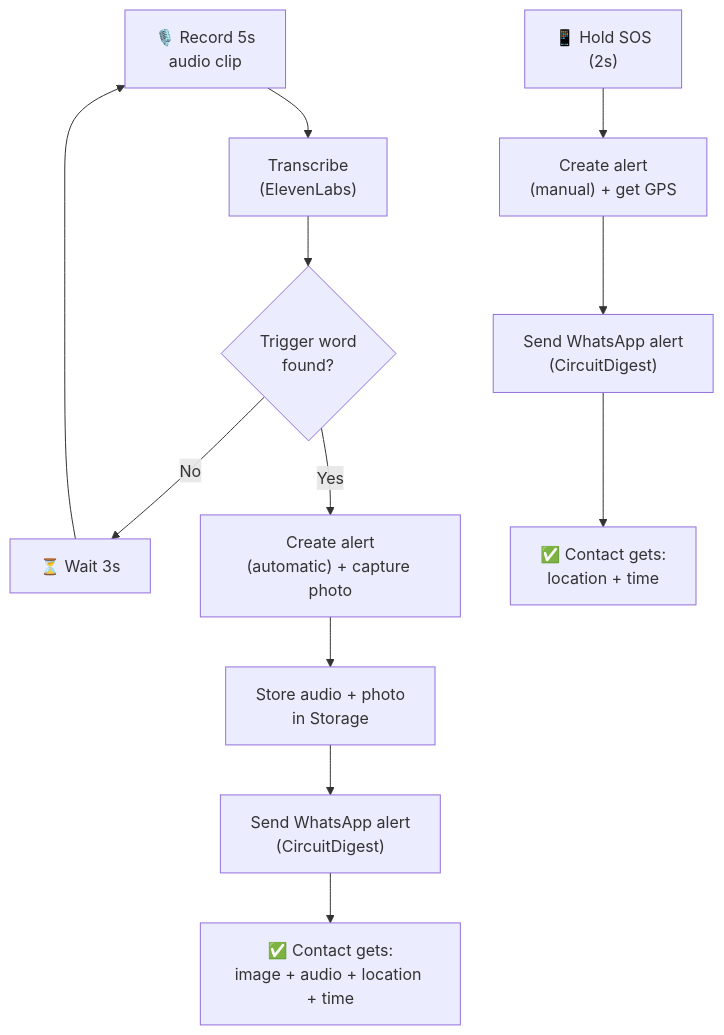
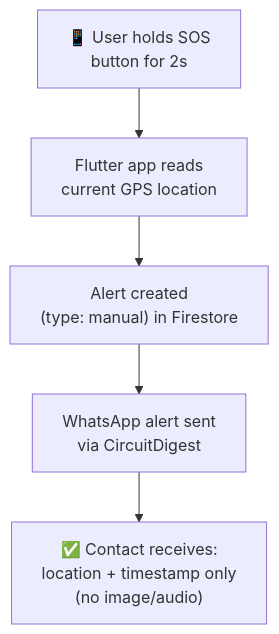
Before and after one commit to SubashreeT24/SheAlert: the third of 3 diagrams in README.md, drawn with Mermaid. The commit also changed other lines of this file, not shown here.

````diff
--- a/README.md
+++ b/README.md
@@ -82,14 +139,7 @@
 ```mermaid
 flowchart TD
-    A["🎙️ Record 5s<br/>audio clip"] --> B["Transcribe<br/>(ElevenLabs)"]
-    B --> C{"Trigger word<br/>found?"}
-    C -- No --> W["⏳ Wait 3s"] --> A
-    C -- Yes --> D["Create alert<br/>(automatic) + capture photo"]
-    D --> E["Store audio + photo<br/>in Storage"]
-    E --> F["Send WhatsApp alert<br/>(CircuitDigest)"]
-    F --> G["✅ Contact gets:<br/>image + audio + location + time"]
-
-    H["📱 Hold SOS<br/>(2s)"] --> I["Create alert<br/>(manual) + get GPS"]
-    I --> J["Send WhatsApp alert<br/>(CircuitDigest)"]
-    J --> K["✅ Contact gets:<br/>location + time"]
+    I["📱 User holds SOS<br/>button for 2s"] --> J["Flutter app reads<br/>current GPS location"]
+    J --> K["Alert created<br/>(type: manual) in Firestore"]
+    K --> L["WhatsApp alert sent<br/>via CircuitDigest"]
+    L --> M["✅ Contact receives:<br/>location + timestamp only<br/>(no image/audio)"]
 ```
````
